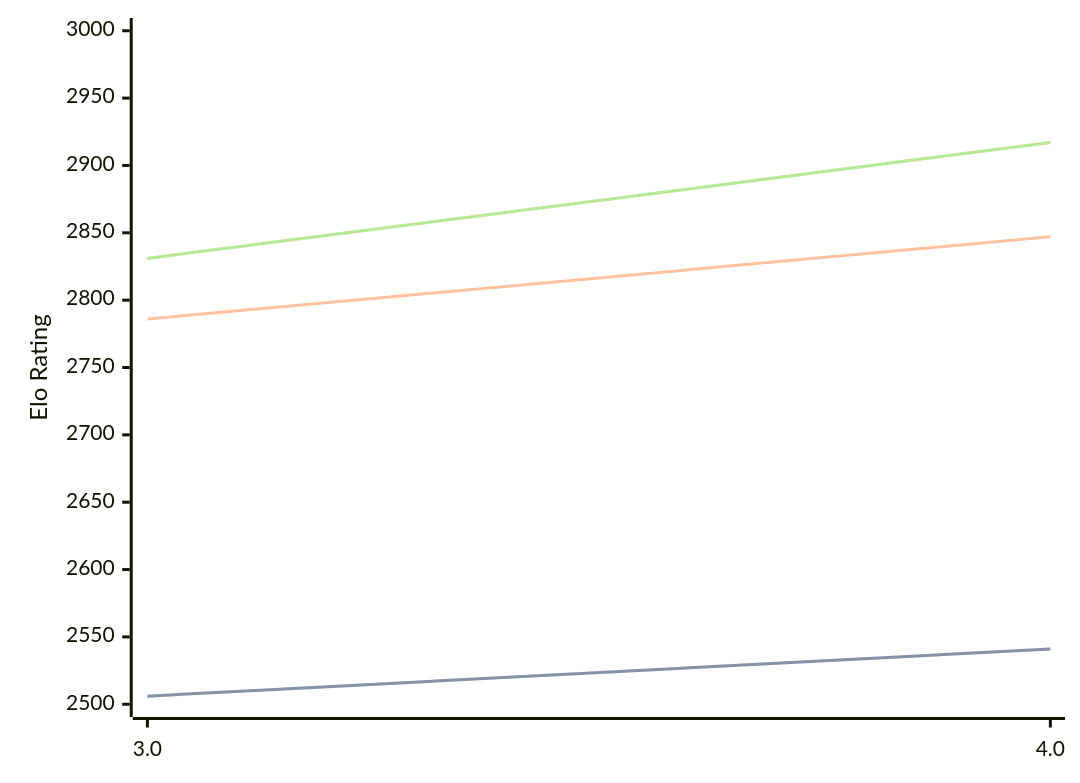
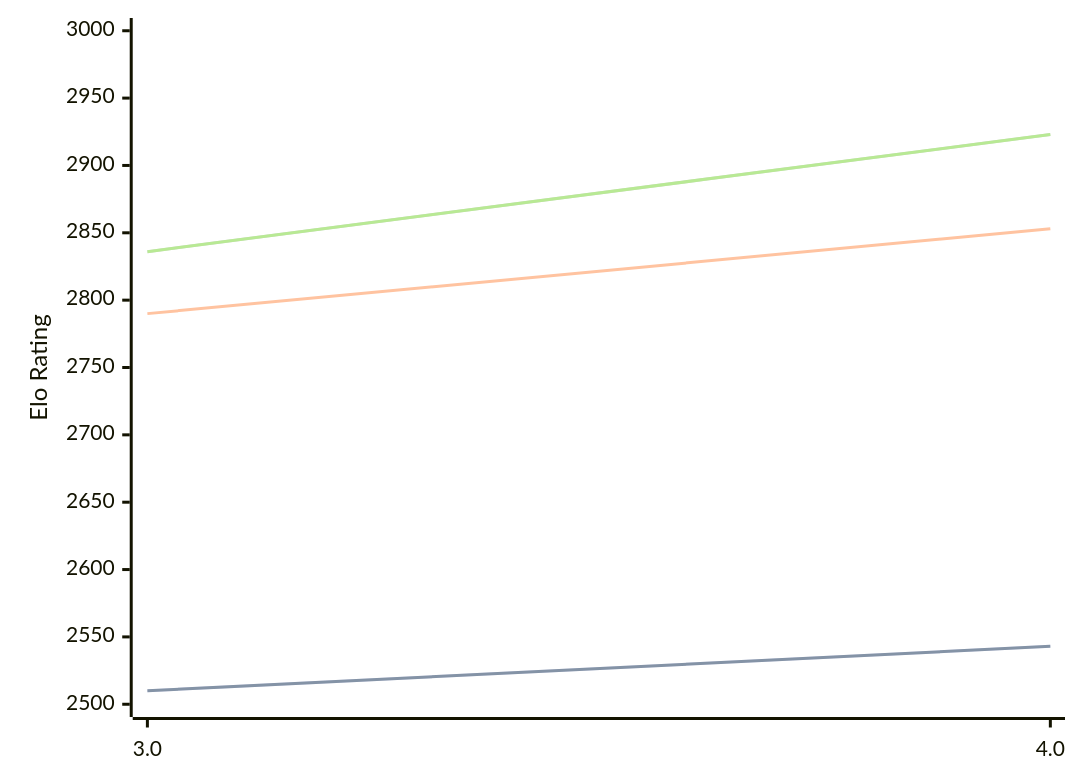
One commit to computer-chess-index/cci changed the diagram in engines/Chess3.md. Above: the diagram before and after it, drawn with Mermaid. The commit also changed other lines of this file, not shown here.

Commit message:
Update CCI Ratings (ELO VLTC) - 2026-04-14

````diff
--- a/engines/Chess3.md
+++ b/engines/Chess3.md
@@ -34,11 +34,11 @@
 ```mermaid
 %%{init: {"theme":"base","themeVariables":{"seriesColors:['#a3a3a3','#222221','#faa371']}}}%%
 xychart-beta
   x-axis ["3.0", "4.0"]
   y-axis "Elo Rating" 2500 --> 3000
-  line "STC (8.0+0.08s)" [2506, 2541]
-  line "STC (8.0+0.08s)" [2506, 2541]
-  line "LTC (60.0+0.60s)" [2786, 2847]
-  line "VLTC (2m24s+1.12s)" [2831, 2917]
-  line "VLTC (2m24s+1.12s)" [2831, 2917]
+  line "STC (8.0+0.08s)" [2510, 2543]
+  line "STC (8.0+0.08s)" [2510, 2543]
+  line "LTC (60.0+0.60s)" [2790, 2853]
+  line "VLTC (2m24s+1.12s)" [2836, 2923]
+  line "VLTC (2m24s+1.12s)" [2836, 2923]
 ```
````
